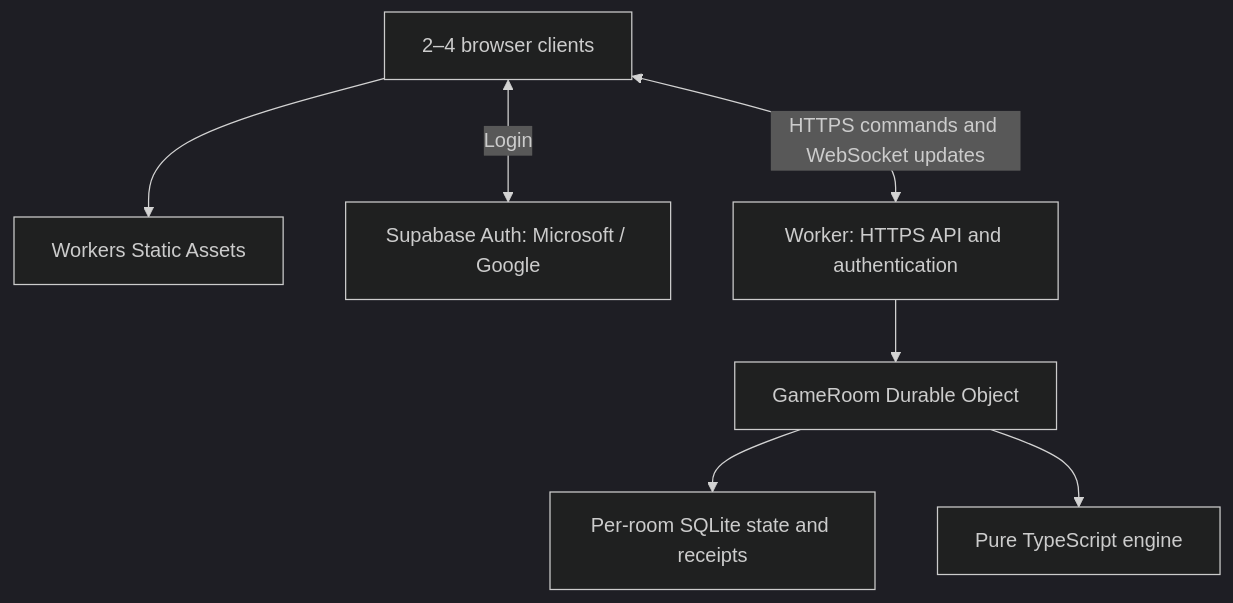
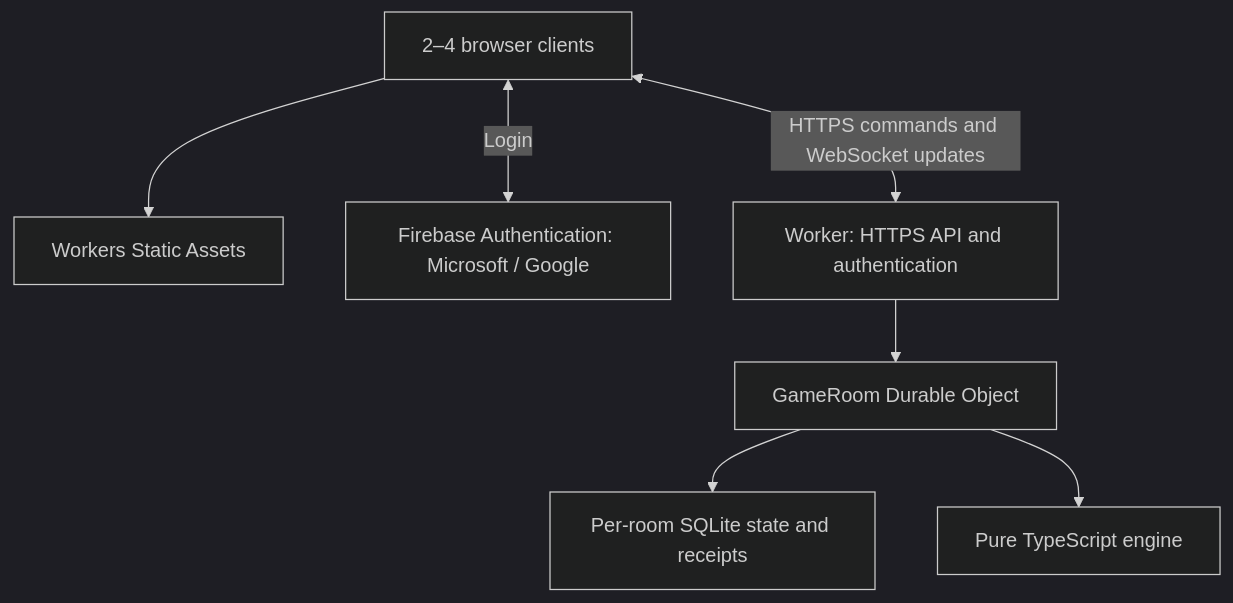
One commit to jfang88/PandemicGame changed the diagram in docs/ARCHITECTURE.md. Above: the diagram before and after it, drawn with Mermaid (dark theme). The commit also changed other lines of this file and 26 other files, not shown here.

````diff
--- a/docs/ARCHITECTURE.md
+++ b/docs/ARCHITECTURE.md
@@ -7,16 +7,16 @@
 ```mermaid
 flowchart TD
     B["2–4 browser clients"]
     A["Workers Static Assets"]
-    I["Supabase Auth: Microsoft / Google"]
+    I["Firebase Authentication: Microsoft / Google"]
     W["Worker: HTTPS API and authentication"]
     R["GameRoom Durable Object"]
     D["Per-room SQLite state and receipts"]
     E["Pure TypeScript engine"]
     B --> A
     B <-->|Login| I
     B <-->|HTTPS commands and WebSocket updates| W
     W --> R
     R --> D
     R --> E
 ```
````
